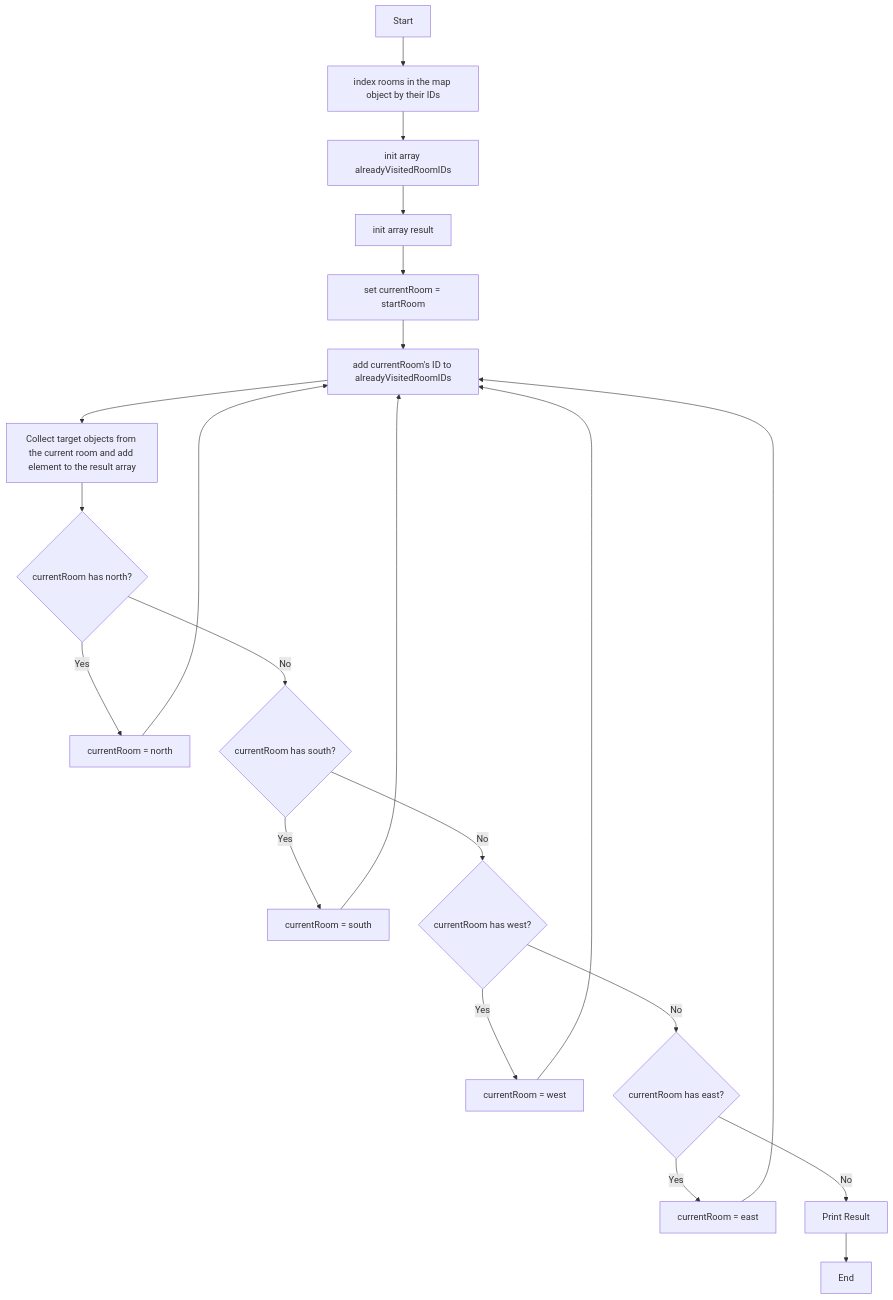
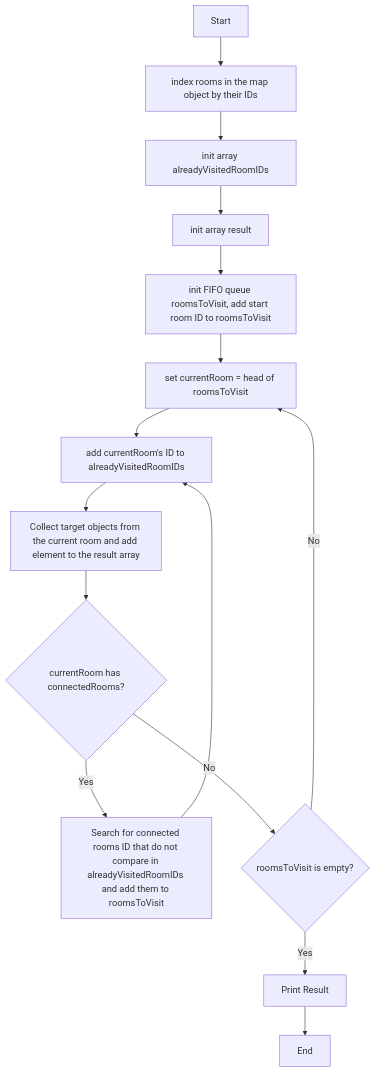
Before and after one commit to coluzziandrea/aMazeingly: the diagram in doc/amaze_flow.mmd, drawn with Mermaid. The commit also changed 11 other files, not shown here.

```diff
--- a/doc/amaze_flow.mmd
+++ b/doc/amaze_flow.mmd
@@ -1,21 +1,15 @@
 graph TD
     A[Start] --> B[index rooms in the map object by their IDs ];
     B --> C[init array alreadyVisitedRoomIDs]
     C --> G[init array result]
-    G --> D[set currentRoom = startRoom ]
+    G --> R[init FIFO queue roomsToVisit, add start room ID to roomsToVisit]
+    R --> D[set currentRoom = head of roomsToVisit ]
     D --> E[add currentRoom's ID to alreadyVisitedRoomIDs]    
     E --> F[Collect target objects from the current room and add element to the result array]
-    F --> I{currentRoom has north?}
-    I -->|Yes| J[currentRoom = north]
+    F --> I{currentRoom has connectedRooms?}
+    I -->|Yes| J[Search for connected rooms ID that do not compare in alreadyVisitedRoomIDs and add them to roomsToVisit]
     J --> E
-    I -->|No| K{currentRoom has south?}
-    K -->|Yes| L[currentRoom = south]
-    L --> E
-    K -->|No| M{currentRoom has west?}
-    M -->|Yes| N[currentRoom = west]
-    N --> E
-    M -->|No| O{currentRoom has east?}
-    O -->|Yes| P[currentRoom = east]
-    P --> E
-    O -->|No| Q[Print Result]
+    I -->|No| K{roomsToVisit is empty?}
+    K -->|Yes| Q[Print Result]
+    K -->|No| D
     Q --> Z[End]
```
